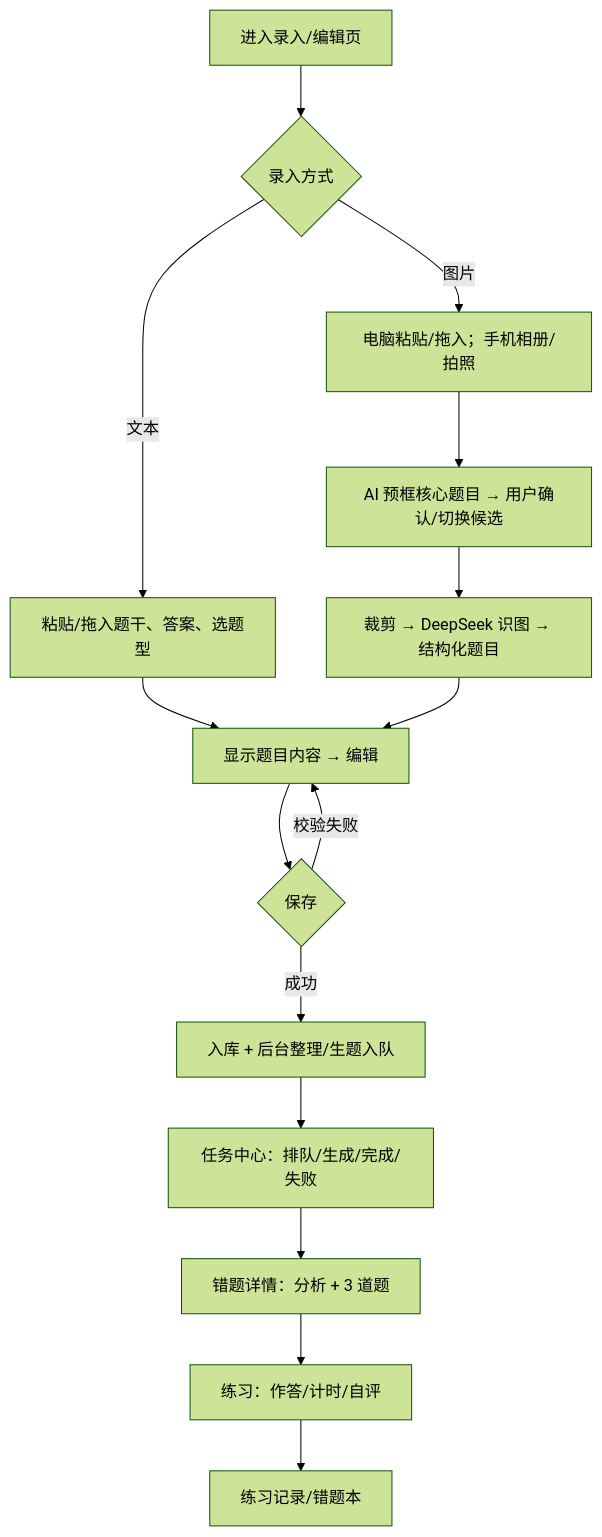
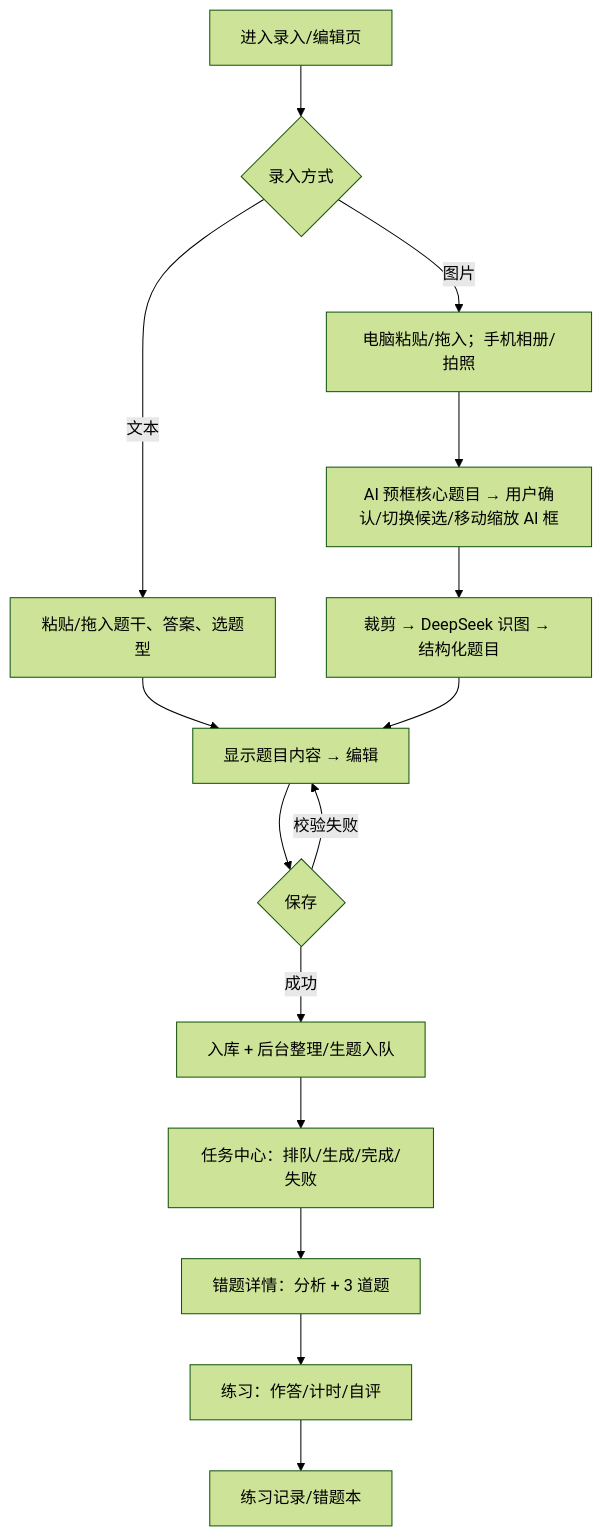
Before and after one commit to plmt3742/Bababoi-Learning-Machine: the second of 4 diagrams in docs/product/02-ia-and-flows.md, drawn with Mermaid (forest theme). The commit also changed other lines of this file and 9 other files, not shown here.

````diff
--- a/docs/product/02-ia-and-flows.md
+++ b/docs/product/02-ia-and-flows.md
@@ -64,17 +64,17 @@
 ```mermaid
 flowchart TD
   A[进入录入/编辑页] --> B{录入方式}
   B -- 文本 --> C[粘贴/拖入题干、答案、选题型]
   B -- 图片 --> IMG[电脑粘贴/拖入；手机相册/拍照]
-  IMG --> FRAME[AI 预框核心题目 → 用户确认/切换候选]
+  IMG --> FRAME[AI 预框核心题目 → 用户确认/切换候选/移动缩放 AI 框]
   FRAME --> OCR[裁剪 → DeepSeek 识图 → 结构化题目]
   C --> EDIT[显示题目内容 → 编辑]
   OCR --> EDIT
   EDIT --> SAVE{保存}
   SAVE -- 校验失败 --> EDIT
   SAVE -- 成功 --> QUEUE[入库 + 后台整理/生题入队]
   QUEUE --> TASK[任务中心：排队/生成/完成/失败]
   TASK --> DETAIL[错题详情：分析 + 3 道题]
   DETAIL --> PRACTICE[练习：作答/计时/自评]
   PRACTICE --> RECORD[练习记录/错题本]
 ```
````
